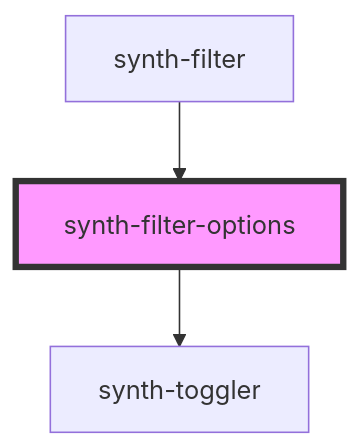
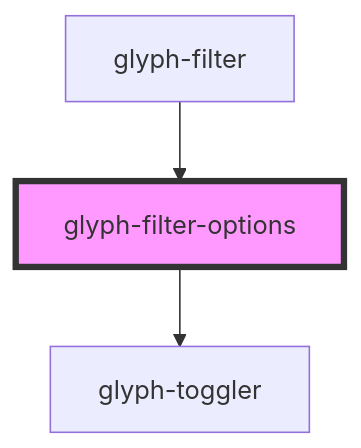
Before and after one commit to adrianiy/synth-ui: the diagram in packages/glyph-components/src/components/filter/components/options/readme.md, drawn with Mermaid. The commit also changed other lines of this file and 37 other files, not shown here.

````diff
--- a/packages/glyph-components/src/components/filter/components/options/readme.md
+++ b/packages/glyph-components/src/components/filter/components/options/readme.md
@@ -34,6 +35,6 @@
 ```mermaid
 graph TD;
-  synth-filter-options --> synth-toggler
-  synth-filter --> synth-filter-options
-  style synth-filter-options fill:#f9f,stroke:#333,stroke-width:4px
+  glyph-filter-options --> glyph-toggler
+  glyph-filter --> glyph-filter-options
+  style glyph-filter-options fill:#f9f,stroke:#333,stroke-width:4px
 ```
````
